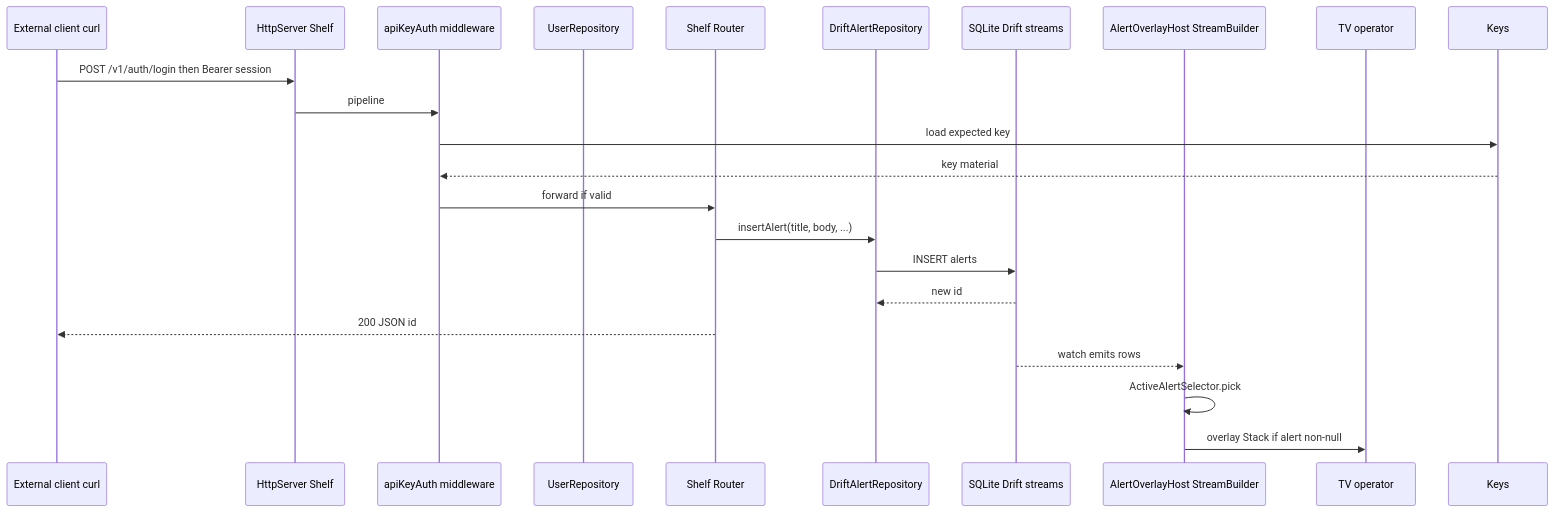
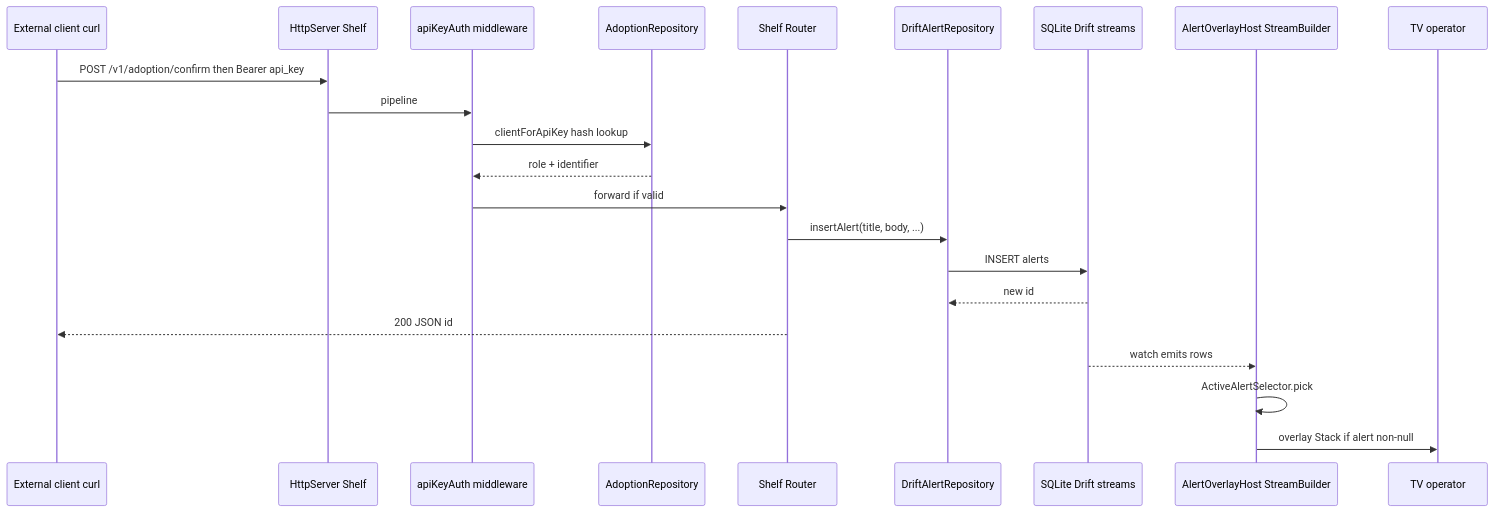
The fourth of 5 diagrams in apps/waddle_display/ARCHITECTURE.md (dukk/waddle-view), drawn with Mermaid before and after one commit. The commit also changed other lines of this file and 140 other files, not shown here.

First line of the commit message:
feat: display adoption API, dynamic CORS, and controller pairing

````diff
--- a/apps/waddle_display/ARCHITECTURE.md
+++ b/apps/waddle_display/ARCHITECTURE.md
@@ -189,25 +189,25 @@
 ```mermaid
 sequenceDiagram
   participant Ext as External client curl
   participant S as HttpServer Shelf
   participant Auth as apiKeyAuth middleware
-  participant Users as UserRepository
+  participant Adopt as AdoptionRepository
   participant R as Shelf Router
   participant AR as DriftAlertRepository
   participant DB as SQLite Drift streams
   participant Host as AlertOverlayHost StreamBuilder
   participant Op as TV operator
 
-  Ext->>S: POST /v1/auth/login then Bearer session
+  Ext->>S: POST /v1/adoption/confirm then Bearer api_key
   S->>Auth: pipeline
-  Auth->>Keys: load expected key
-  Keys-->>Auth: key material
+  Auth->>Adopt: clientForApiKey hash lookup
+  Adopt-->>Auth: role + identifier
   Auth->>R: forward if valid
   R->>AR: insertAlert(title, body, ...)
   AR->>DB: INSERT alerts
   DB-->>AR: new id
   R-->>Ext: 200 JSON id
   DB-->>Host: watch emits rows
   Host->>Host: ActiveAlertSelector.pick
   Host->>Op: overlay Stack if alert non-null
 ```
````
